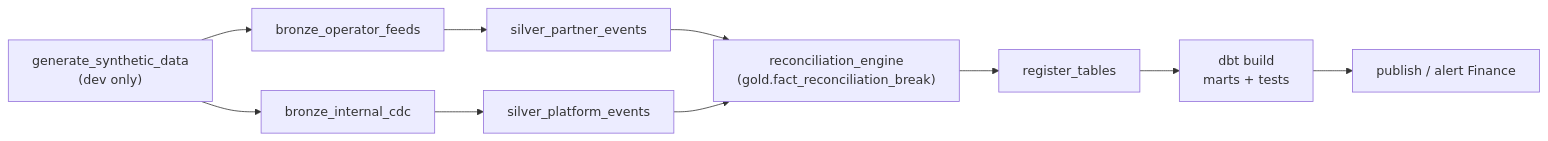
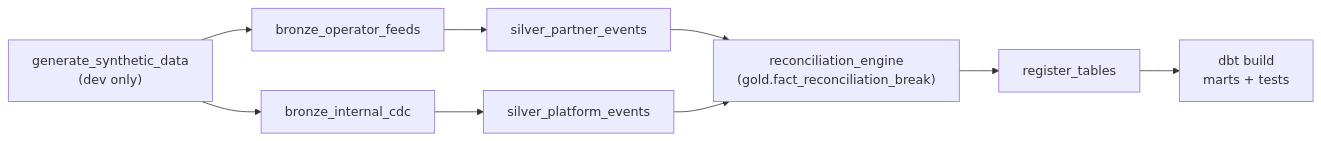
Before and after one commit to S-A-Ismail/tapmad-reconciliation: the third of 3 diagrams in README.md, drawn with Mermaid. The commit also changed other lines of this file and 2 other files, not shown here.

````diff
--- a/README.md
+++ b/README.md
@@ -184,12 +185,11 @@
 ```mermaid
 flowchart LR
     GEN["generate_synthetic_data<br/>(dev only)"] --> BO["bronze_operator_feeds"]
     GEN --> BI["bronze_internal_cdc"]
     BO --> SP["silver_partner_events"]
     BI --> SF["silver_platform_events"]
     SP --> RE["reconciliation_engine<br/>(gold.fact_reconciliation_break)"]
     SF --> RE
     RE --> REG["register_tables"]
     REG --> DBT["dbt build<br/>marts + tests"]
-    DBT --> PUB["publish / alert Finance"]
 ```
````
